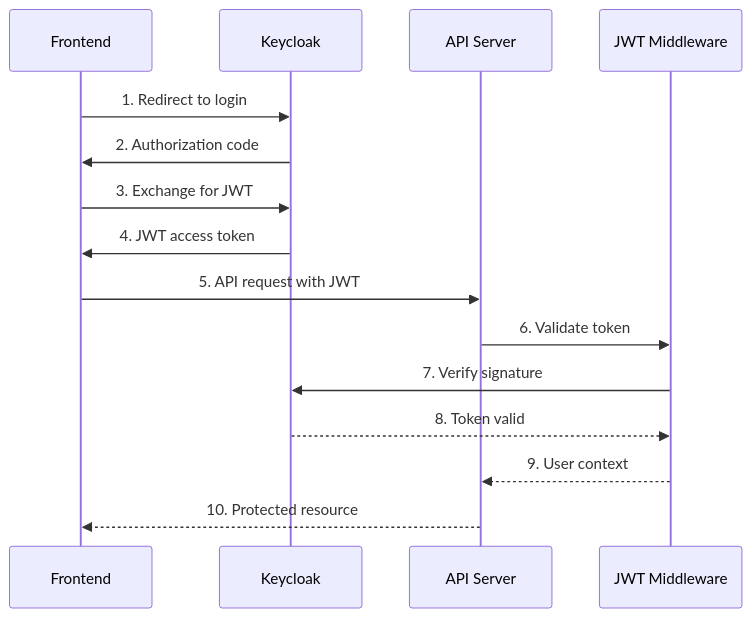
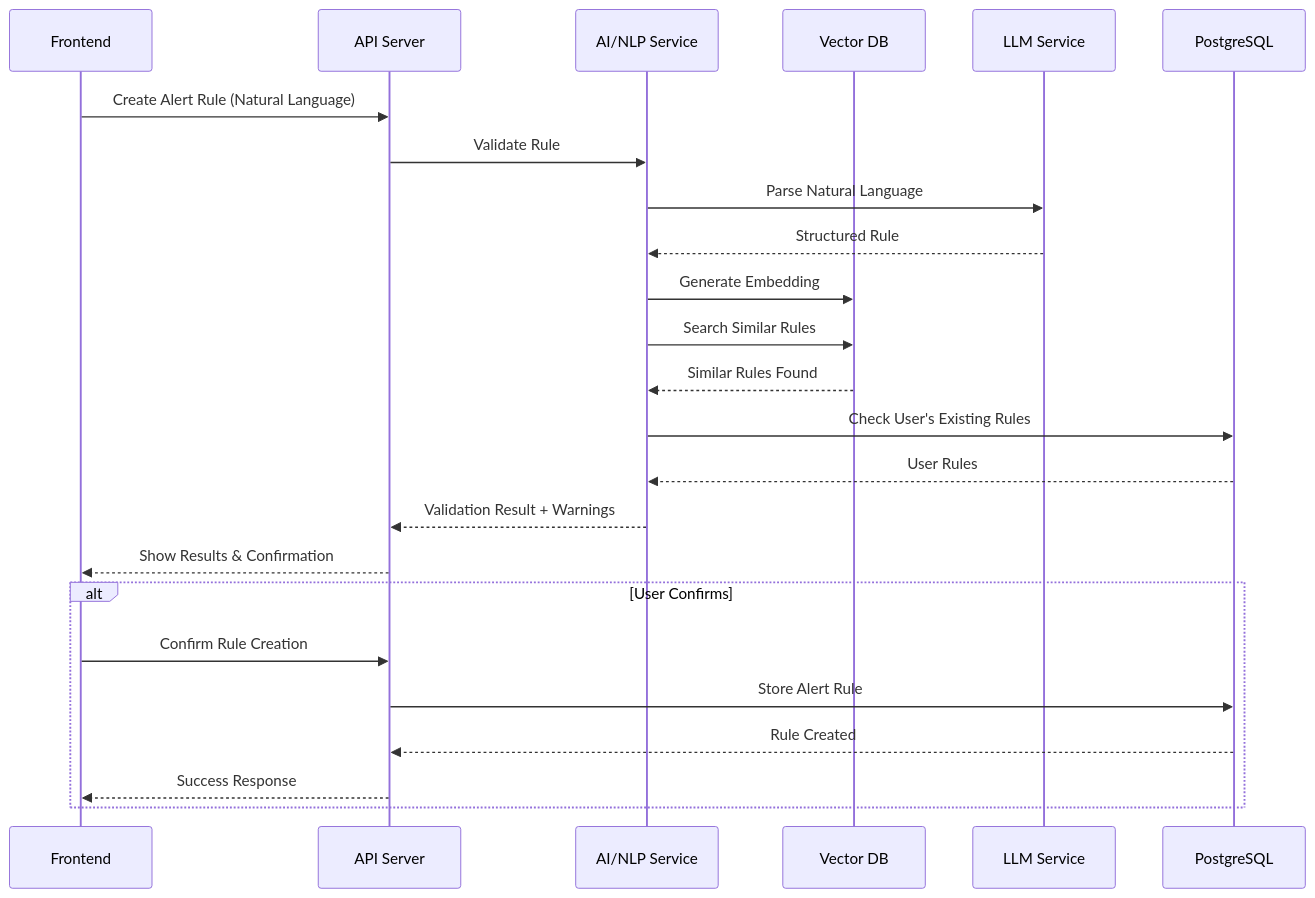
One commit to yashoza19/spending-transaction-monitor changed the third of 3 diagrams in docs/DEVELOPER_GUIDE.md. Above: the diagram before and after it, drawn with Mermaid. The commit also changed other lines of this file and 2 other files, not shown here.

````diff
--- a/docs/DEVELOPER_GUIDE.md
+++ b/docs/DEVELOPER_GUIDE.md
@@ -354,18 +457,28 @@
 ```mermaid
 sequenceDiagram
-    participant FE as Frontend
-    participant KC as Keycloak
+    participant User as Frontend
     participant API as API Server
-    participant JWT as JWT Middleware
+    participant AI as AI/NLP Service
+    participant Vector as Vector DB
+    participant LLM as LLM Service
+    participant DB as PostgreSQL
 
-    FE->>KC: 1. Redirect to login
-    KC->>FE: 2. Authorization code
-    FE->>KC: 3. Exchange for JWT
-    KC->>FE: 4. JWT access token
-    FE->>API: 5. API request with JWT
-    API->>JWT: 6. Validate token
-    JWT->>KC: 7. Verify signature
-    KC-->>JWT: 8. Token valid
-    JWT-->>API: 9. User context
-    API-->>FE: 10. Protected resource
+    User->>API: Create Alert Rule (Natural Language)
+    API->>AI: Validate Rule
+    AI->>LLM: Parse Natural Language
+    LLM-->>AI: Structured Rule
+    AI->>Vector: Generate Embedding
+    AI->>Vector: Search Similar Rules
+    Vector-->>AI: Similar Rules Found
+    AI->>DB: Check User's Existing Rules
+    DB-->>AI: User Rules
+    AI-->>API: Validation Result + Warnings
+    API-->>User: Show Results & Confirmation
+    
+    alt User Confirms
+        User->>API: Confirm Rule Creation
+        API->>DB: Store Alert Rule
+        DB-->>API: Rule Created
+        API-->>User: Success Response
+    end
 ```
````
